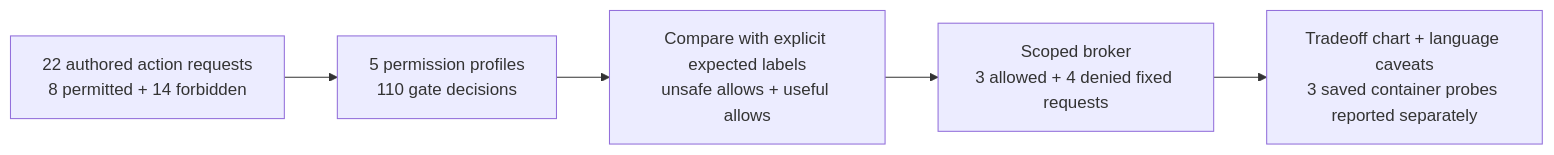
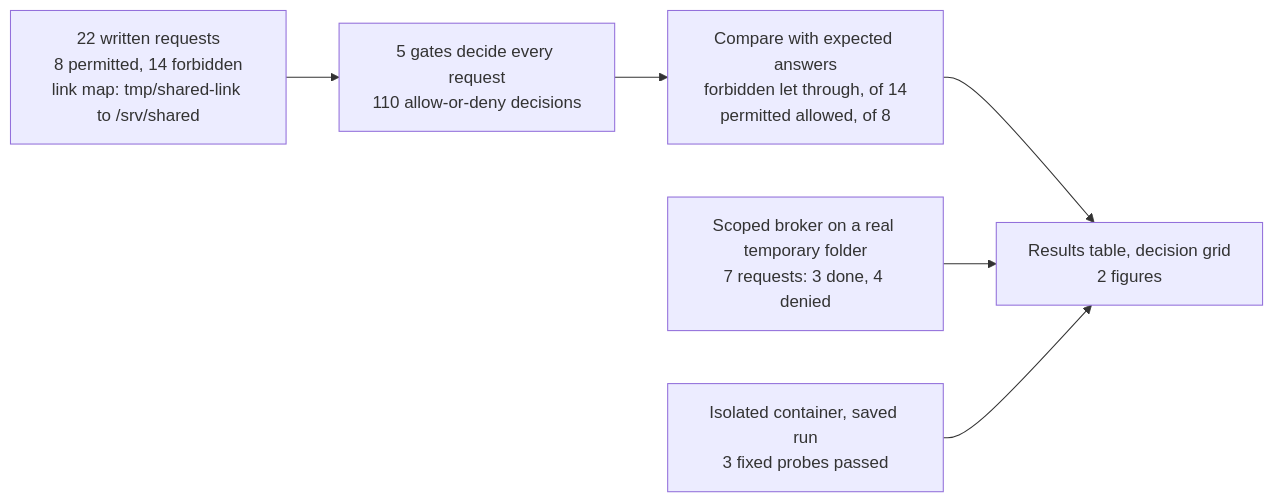
One commit to k-sandhu/experiment-notebooks changed the diagram in notebooks/10-code-execution-guardrails/README.md. Above: the diagram before and after it, drawn with Mermaid. The commit also changed other lines of this file and 2 other files, not shown here.

````diff
--- a/notebooks/10-code-execution-guardrails/README.md
+++ b/notebooks/10-code-execution-guardrails/README.md
@@ -43,7 +151,8 @@
 ```mermaid
 flowchart LR
- D["22 authored action requests<br/>8 permitted + 14 forbidden"] --> G["5 permission profiles<br/>110 gate decisions"]
- G --> S["Compare with explicit expected labels<br/>unsafe allows + useful allows"]
- S --> B["Scoped broker<br/>3 allowed + 4 denied fixed requests"]
- B --> R["Tradeoff chart + language caveats<br/>3 saved container probes reported separately"]
+    D["22 written requests<br/>8 permitted, 14 forbidden<br/>link map: tmp/shared-link to /srv/shared"] --> G["5 gates decide every request<br/>110 allow-or-deny decisions"]
+    G --> S["Compare with expected answers<br/>forbidden let through, of 14<br/>permitted allowed, of 8"]
+    S --> R["Results table, decision grid<br/>2 figures"]
+    B["Scoped broker on a real temporary folder<br/>7 requests: 3 done, 4 denied"] --> R
+    C["Isolated container, saved run<br/>3 fixed probes passed"] --> R
 ```
````
